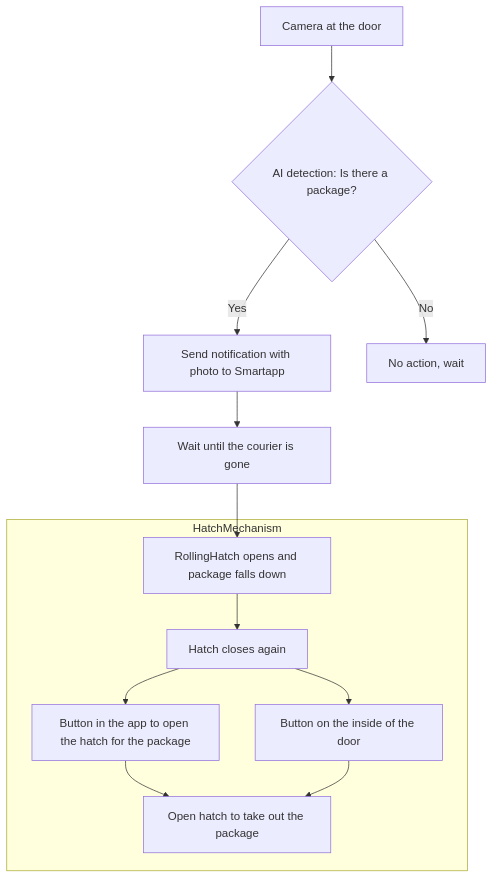
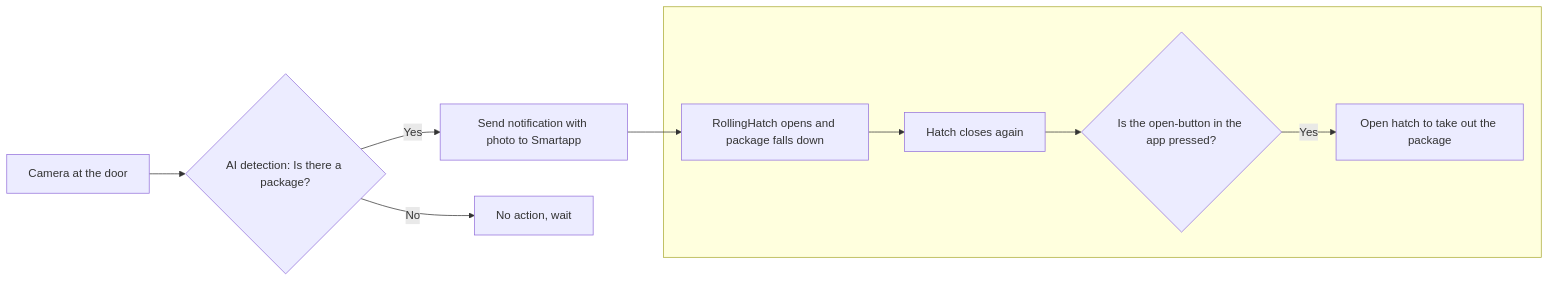
The diagram in docs/software/flowchart.md (warreth/SmartPackageBox), drawn with Mermaid before and after one commit.

Commit message:
Update the flowchart

````diff
--- a/docs/software/flowchart.md
+++ b/docs/software/flowchart.md
@@ -1,19 +1,16 @@
 ```mermaid
-flowchart TD
- subgraph HatchMechanism["HatchMechanism"]
+flowchart LR
+ subgraph HatchMechanism[" "]
         E["RollingHatch opens and package falls down"]
         F["Hatch closes again"]
         H["Open hatch to take out the package"]
-        G["Button in the app to open the hatch for the package"]
-        K["Button on the inside of the door"]
+        G{"Is the open-button in the app pressed?"}
   end
     A["Camera at the door"] --> B{"AI detection: Is there a package?"}
     B -- Yes --> C["Send notification with photo to Smartapp"]
-    C --> D["Wait until the courier is gone"]
-    D --> E
+    C --> E
     E --> F
-    F --> G & K
-    G --> H
-    K --> H
+    F --> G
+    G -- Yes --> H
     B -- No --> I["No action, wait"]
 ```
````
